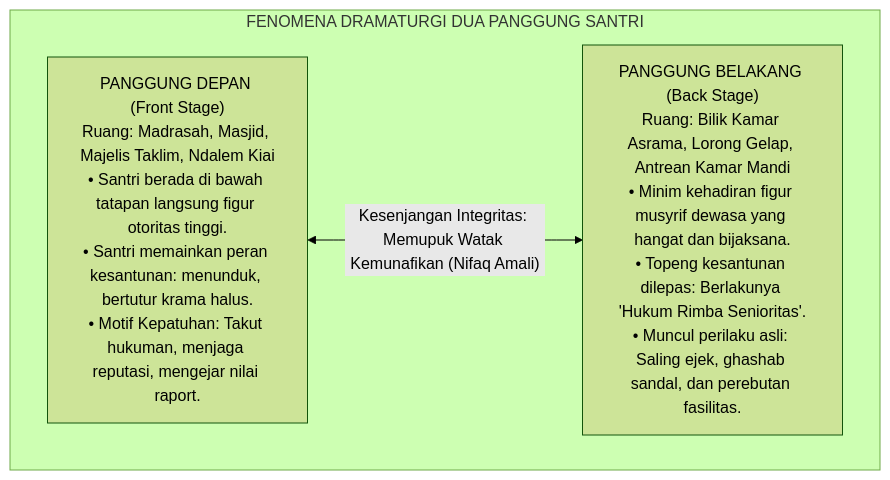
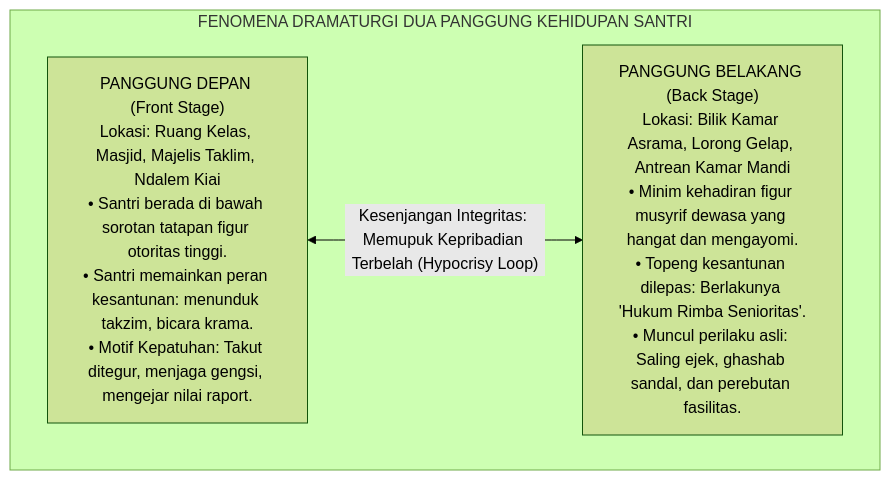
Before and after one commit to wandiapriliyandi/tumbuh: the sixth of 9 diagrams in BOOK-SERIES/Volume-01/Bab-01-Krisis-Karakter-dan-Urgensi-Rekonstruksi/01-Anomali-Pendidikan-Karakter-Tradisional.md, drawn with Mermaid (forest theme). The commit also changed other lines of this file, not shown here.

Commit message:
docs(bab-1.1): tulis ulang naskah master monograf menggugah jiwa, menajamkan nalar, dan membedah solusi operasional asrama

````diff
--- a/BOOK-SERIES/Volume-01/Bab-01-Krisis-Karakter-dan-Urgensi-Rekonstruksi/01-Anomali-Pendidikan-Karakter-Tradisional.md
+++ b/BOOK-SERIES/Volume-01/Bab-01-Krisis-Karakter-dan-Urgensi-Rekonstruksi/01-Anomali-Pendidikan-Karakter-Tradisional.md
@@ -133,10 +176,10 @@
 ```mermaid
 graph TD
-    subgraph DramaturgiPesantren["FENOMENA DRAMATURGI DUA PANGGUNG SANTRI"]
-        FrontStage["PANGGUNG DEPAN (Front Stage)<br/>Ruang: Madrasah, Masjid, Majelis Taklim, Ndalem Kiai<br/>• Santri berada di bawah tatapan langsung figur otoritas tinggi.<br/>• Santri memainkan peran kesantunan: menunduk, bertutur krama halus.<br/>• Motif Kepatuhan: Takut hukuman, menjaga reputasi, mengejar nilai raport."]
+    subgraph DinamikaDuaPanggung["FENOMENA DRAMATURGI DUA PANGGUNG KEHIDUPAN SANTRI"]
+        PanggungDepan["PANGGUNG DEPAN (Front Stage)<br/>Lokasi: Ruang Kelas, Masjid, Majelis Taklim, Ndalem Kiai<br/>• Santri berada di bawah sorotan tatapan figur otoritas tinggi.<br/>• Santri memainkan peran kesantunan: menunduk takzim, bicara krama.<br/>• Motif Kepatuhan: Takut ditegur, menjaga gengsi, mengejar nilai raport."]
         
-        BackStage["PANGGUNG BELAKANG (Back Stage)<br/>Ruang: Bilik Kamar Asrama, Lorong Gelap, Antrean Kamar Mandi<br/>• Minim kehadiran figur musyrif dewasa yang hangat dan bijaksana.<br/>• Topeng kesantunan dilepas: Berlakunya 'Hukum Rimba Senioritas'.<br/>• Muncul perilaku asli: Saling ejek, ghashab sandal, dan perebutan fasilitas."]
+        PanggungBelakang["PANGGUNG BELAKANG (Back Stage)<br/>Lokasi: Bilik Kamar Asrama, Lorong Gelap, Antrean Kamar Mandi<br/>• Minim kehadiran figur musyrif dewasa yang hangat dan mengayomi.<br/>• Topeng kesantunan dilepas: Berlakunya 'Hukum Rimba Senioritas'.<br/>• Muncul perilaku asli: Saling ejek, ghashab sandal, dan perebutan fasilitas."]
         
-        FrontStage <-->|"Kesenjangan Integritas: Memupuk Watak Kemunafikan (Nifaq Amali)"| BackStage
+        PanggungDepan <-->|"Kesenjangan Integritas: Memupuk Kepribadian Terbelah (Hypocrisy Loop)"| PanggungBelakang
     end
 ```
````
